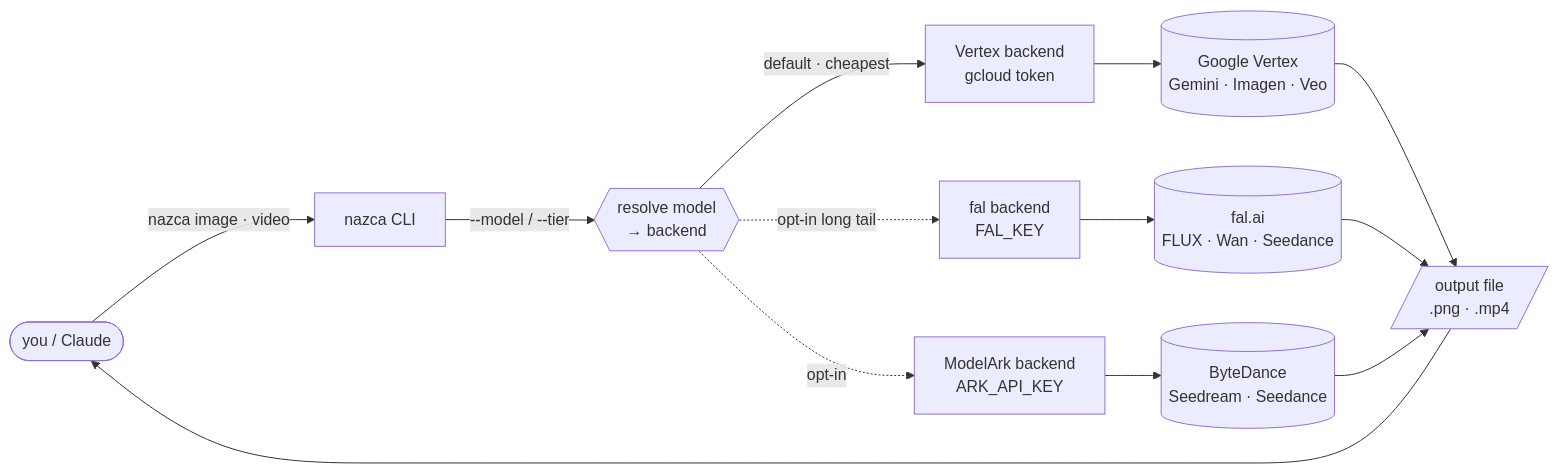
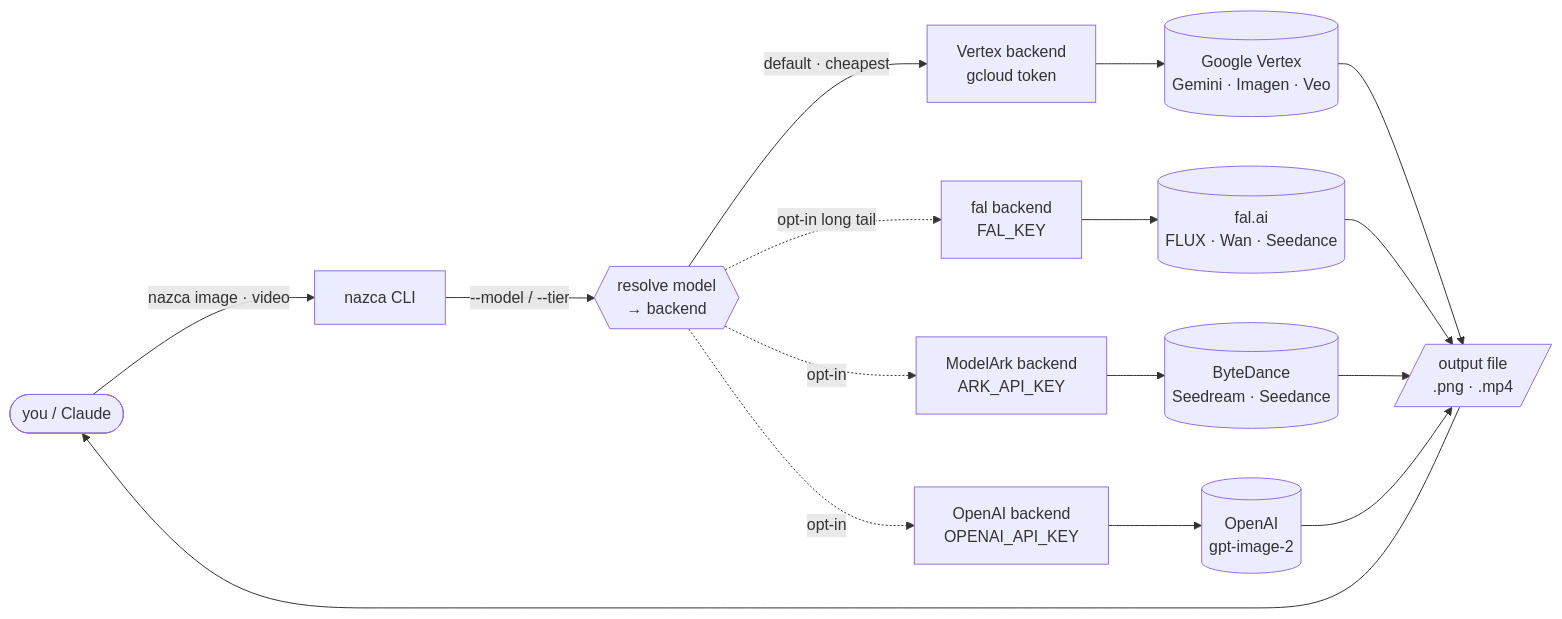
The first of 3 diagrams in README.md (Mysios-Labs-inc/nazca), drawn with Mermaid before and after one commit. The commit also changed other lines of this file and 1 other file, not shown here.

First line of the commit message:
docs: document OpenAI gpt-image-2 provider + --quality (#54)

````diff
--- a/README.md
+++ b/README.md
@@ -43,13 +43,15 @@
 ```mermaid
 flowchart LR
     A([you / Claude]) -->|"nazca image · video"| CLI[nazca CLI]
     CLI -->|"--model / --tier"| R{{resolve model<br/>→ backend}}
     R -->|default · cheapest| V[Vertex backend<br/>gcloud token]
     R -.->|opt-in long tail| F[fal backend<br/>FAL_KEY]
     R -.->|opt-in| M[ModelArk backend<br/>ARK_API_KEY]
+    R -.->|opt-in| OA[OpenAI backend<br/>OPENAI_API_KEY]
     V --> G[(Google Vertex<br/>Gemini · Imagen · Veo)]
     F --> FP[(fal.ai<br/>FLUX · Wan · Seedance)]
     M --> MP[(ByteDance<br/>Seedream · Seedance)]
-    G & FP & MP --> O[/output file<br/>.png · .mp4/]
+    OA --> OP[(OpenAI<br/>gpt-image-2)]
+    G & FP & MP & OP --> O[/output file<br/>.png · .mp4/]
     O --> A
 ```
````
